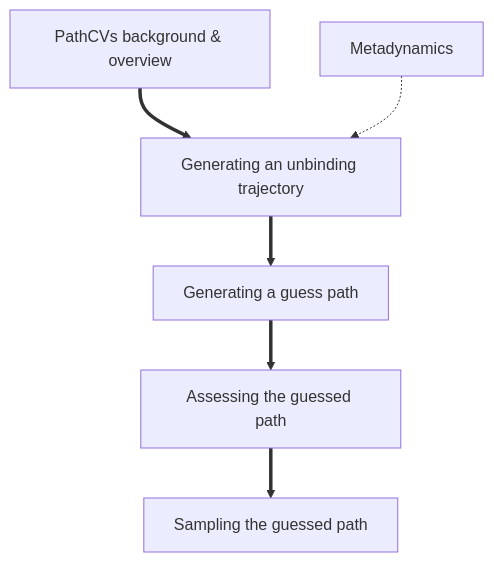
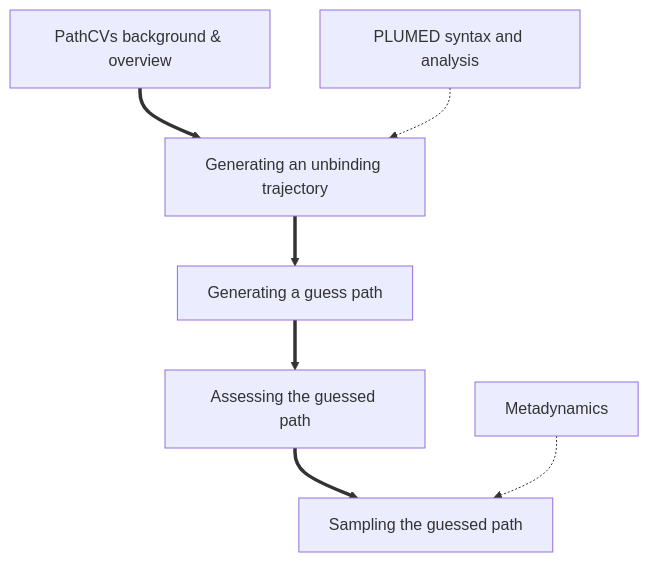
Before and after one commit to mbernett/zip_for_tutorials: the diagram in NAVIGATION.md, drawn with Mermaid.

````diff
--- a/NAVIGATION.md
+++ b/NAVIGATION.md
@@ -1,15 +1,17 @@
 ```mermaid
 flowchart TD
 A[PathCVs background & overview] ==> B[Generating an unbinding trajectory]
 B ==> C[Generating a guess path]
 C ==> D[Assessing the guessed path]
 D ==> E[Sampling the guessed path]
-F[Metadynamics] -.-> B
+F[PLUMED syntax and analysis] -.-> B
+G[Metadynamics] -.-> E
 
 click A "Intro.md" "A general introduction on path collective variables."
 click B "SMD.md" "Generate a sample unbinding trajectory."
 click C "Guess.md" "Parameterize a guess path."
 click D "Check.md" "Qualitative check of guess path features."
 click E "Metad.md" "Set up a metadynamics simulation to resample along the generated guess path."
-click F "ref1" "This lesson teaches you how to run metadynamics simulations."
+click F "ref1" "Basic features of the PLUMED input syntax."
+click G "ref2" "This lesson teaches you how to run metadynamics simulations."
 ```
````
